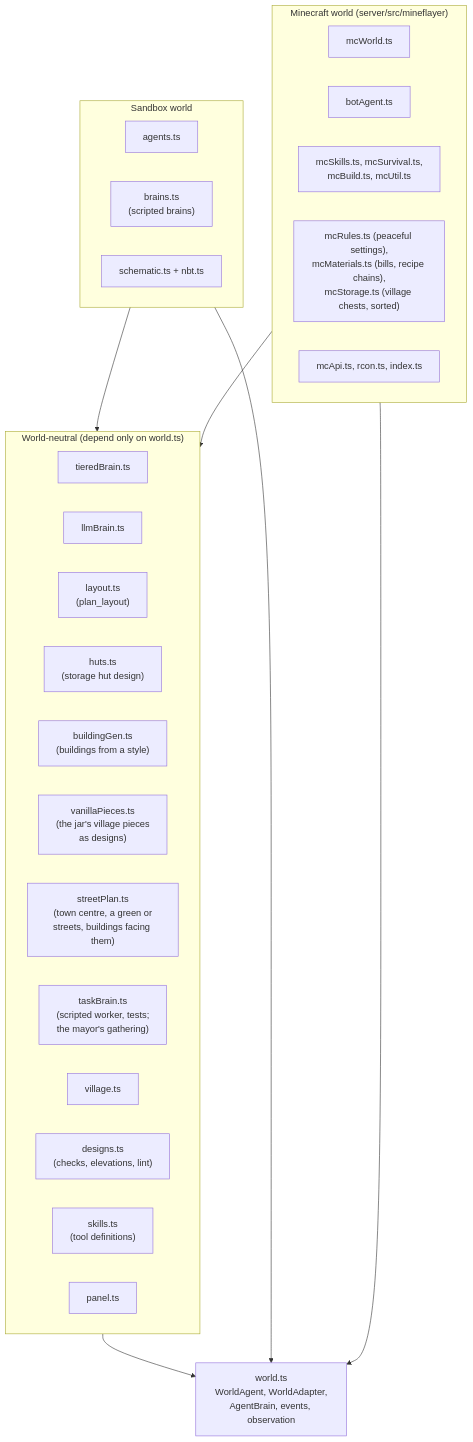
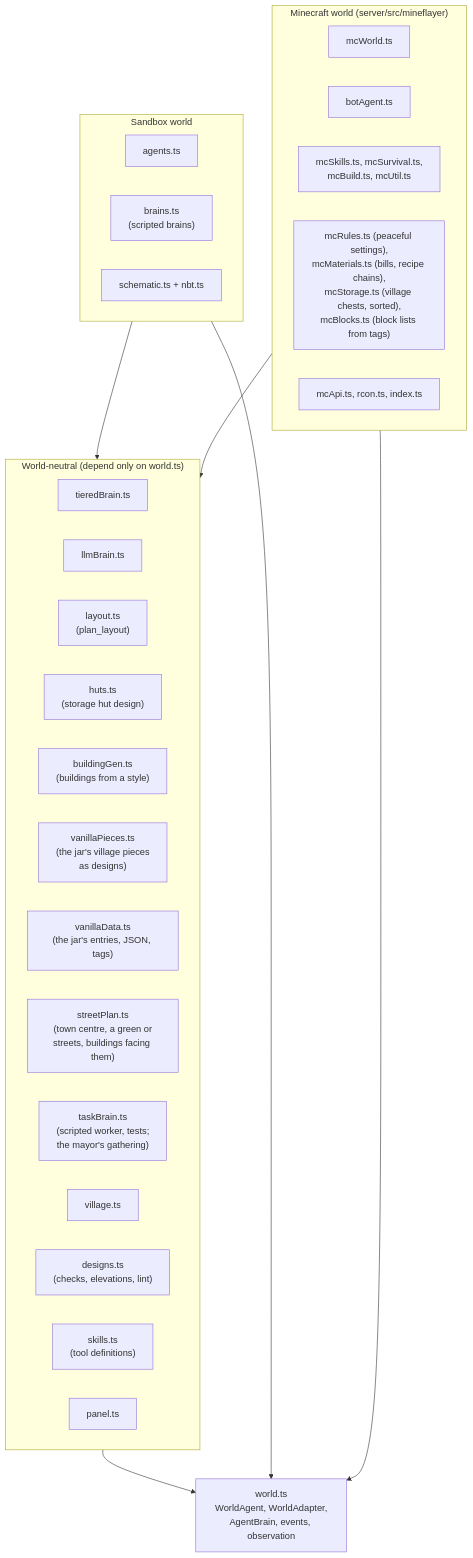
Before and after one commit to delphium226/MCAISandbox: the third of 16 diagrams in docs/ARCHITECTURE.md, drawn with Mermaid. The commit also changed other lines of this file and 3 other files, not shown here.

````diff
--- a/docs/ARCHITECTURE.md
+++ b/docs/ARCHITECTURE.md
@@ -144,35 +144,36 @@
 ```mermaid
 flowchart TB
   subgraph neutral["World-neutral (depend only on world.ts)"]
     tiered["tieredBrain.ts"]
     llm["llmBrain.ts"]
     layoutts["layout.ts<br/>(plan_layout)"]
     huts["huts.ts<br/>(storage hut design)"]
     gen["buildingGen.ts<br/>(buildings from a style)"]
     vanilla["vanillaPieces.ts<br/>(the jar's village pieces<br/>as designs)"]
+    vdata["vanillaData.ts<br/>(the jar's entries, JSON, tags)"]
     street["streetPlan.ts<br/>(town centre, a green or<br/>streets, buildings facing them)"]
     taskb["taskBrain.ts<br/>(scripted worker, tests;<br/>the mayor's gathering)"]
     village["village.ts"]
     designs["designs.ts<br/>(checks, elevations, lint)"]
     skills["skills.ts<br/>(tool definitions)"]
     panelts["panel.ts"]
   end
   world["world.ts<br/>WorldAgent, WorldAdapter,<br/>AgentBrain, events, observation"]
   subgraph sandbox["Sandbox world"]
     agents["agents.ts"]
     brains["brains.ts<br/>(scripted brains)"]
     schematic["schematic.ts + nbt.ts"]
   end
   subgraph minecraft["Minecraft world (server/src/mineflayer)"]
     mcworld["mcWorld.ts"]
     bot["botAgent.ts"]
     mcskills["mcSkills.ts, mcSurvival.ts,<br/>mcBuild.ts, mcUtil.ts"]
-    mcecon["mcRules.ts (peaceful settings),<br/>mcMaterials.ts (bills, recipe chains),<br/>mcStorage.ts (village chests, sorted)"]
+    mcecon["mcRules.ts (peaceful settings),<br/>mcMaterials.ts (bills, recipe chains),<br/>mcStorage.ts (village chests, sorted),<br/>mcBlocks.ts (block lists from tags)"]
     mcapi["mcApi.ts, rcon.ts, index.ts"]
   end
   neutral --> world
   sandbox --> world
   minecraft --> world
   sandbox --> neutral
   minecraft --> neutral
 ```
````
